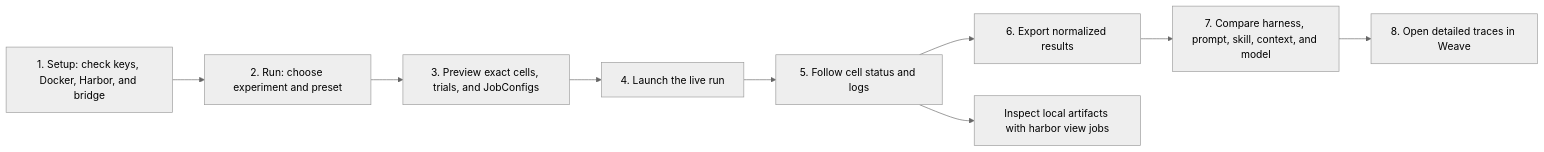
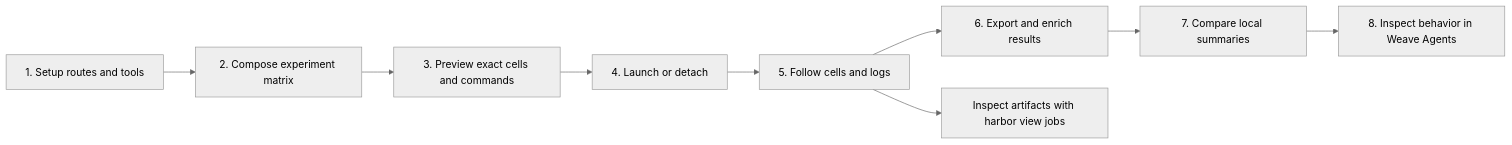
Before and after one commit to ash0ts/fugue: diagram 11 of 13 in README.md, drawn with Mermaid (neutral theme). The commit also changed other lines of this file and 41 other files, not shown here.

````diff
--- a/README.md
+++ b/README.md
@@ -473,11 +577,11 @@
 ```mermaid
 flowchart LR
-    SETUP["1. Setup: check keys, Docker, Harbor, and bridge"] --> SELECT["2. Run: choose experiment and preset"]
-    SELECT --> PREVIEW["3. Preview exact cells, trials, and JobConfigs"]
-    PREVIEW --> LAUNCH["4. Launch the live run"]
-    LAUNCH --> JOBS["5. Follow cell status and logs"]
-    JOBS --> EXPORT["6. Export normalized results"]
-    EXPORT --> COMPARE["7. Compare harness, prompt, skill, context, and model"]
-    COMPARE --> WEAVE["8. Open detailed traces in Weave"]
-    JOBS --> HARBOR["Inspect local artifacts with harbor view jobs"]
+    SETUP["1. Setup routes and tools"] --> COMPOSE["2. Compose experiment matrix"]
+    COMPOSE --> PREVIEW["3. Preview exact cells and commands"]
+    PREVIEW --> LAUNCH["4. Launch or detach"]
+    LAUNCH --> RUNS["5. Follow cells and logs"]
+    RUNS --> EXPORT["6. Export and enrich results"]
+    EXPORT --> RESULTS["7. Compare local summaries"]
+    RESULTS --> AGENTS["8. Inspect behavior in Weave Agents"]
+    RUNS --> HARBOR["Inspect artifacts with harbor view jobs"]
 ```
````
